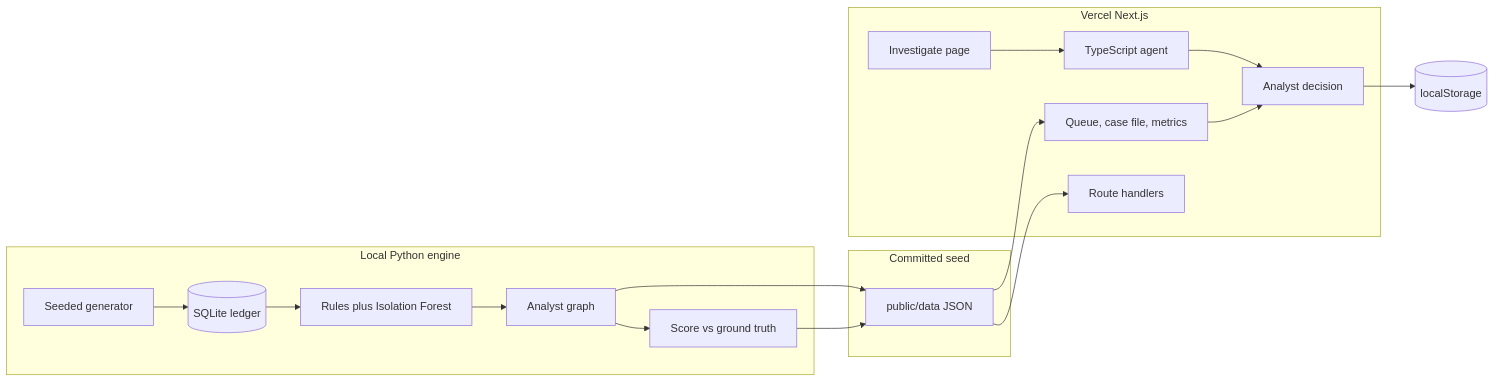
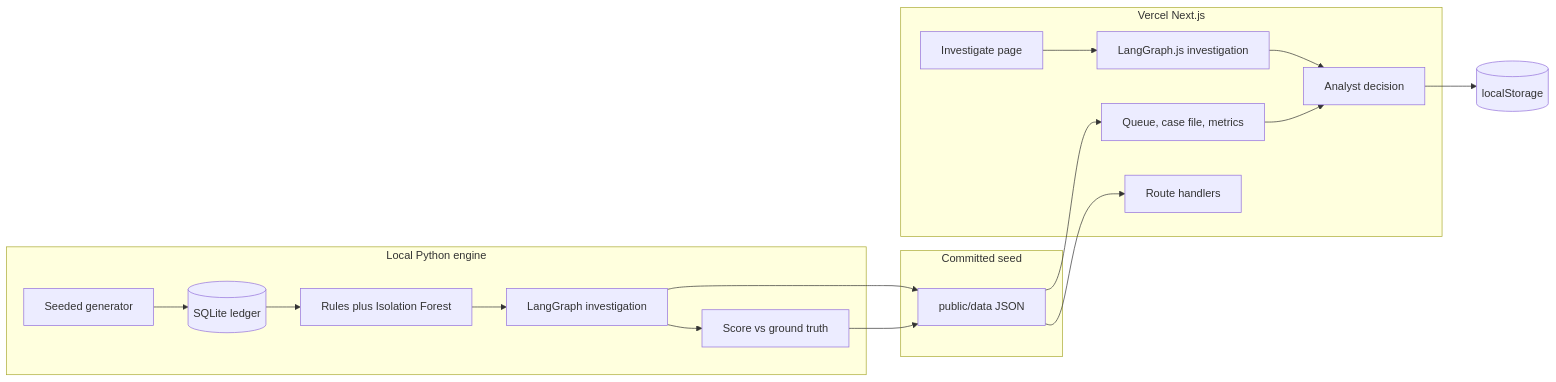
Before and after one commit to Soham5bagh/fraudlens: the first of 2 diagrams in README.md, drawn with Mermaid. The commit also changed other lines of this file and 96 other files, not shown here.

````diff
--- a/README.md
+++ b/README.md
@@ -63,37 +65,37 @@
 ```mermaid
 flowchart LR
   subgraph local [Local Python engine]
     Gen[Seeded generator]
     DB[(SQLite ledger)]
     Flag[Rules plus Isolation Forest]
-    Agent[Analyst graph]
+    Agent[LangGraph investigation]
     Metrics[Score vs ground truth]
     Gen --> DB
     DB --> Flag
     Flag --> Agent
     Agent --> Metrics
   end
 
   subgraph shipped [Committed seed]
     JSON[public/data JSON]
   end
 
   Agent --> JSON
   Metrics --> JSON
 
   subgraph vercel [Vercel Next.js]
     UI[Queue, case file, metrics]
     Live[Investigate page]
-    TS[TypeScript agent]
+    TS[LangGraph.js investigation]
     API[Route handlers]
     Human[Analyst decision]
   end
 
   Live --> TS
   TS --> Human
 
   JSON --> UI
   JSON --> API
   UI --> Human
   Human --> Browser[(localStorage)]
 ```
````
